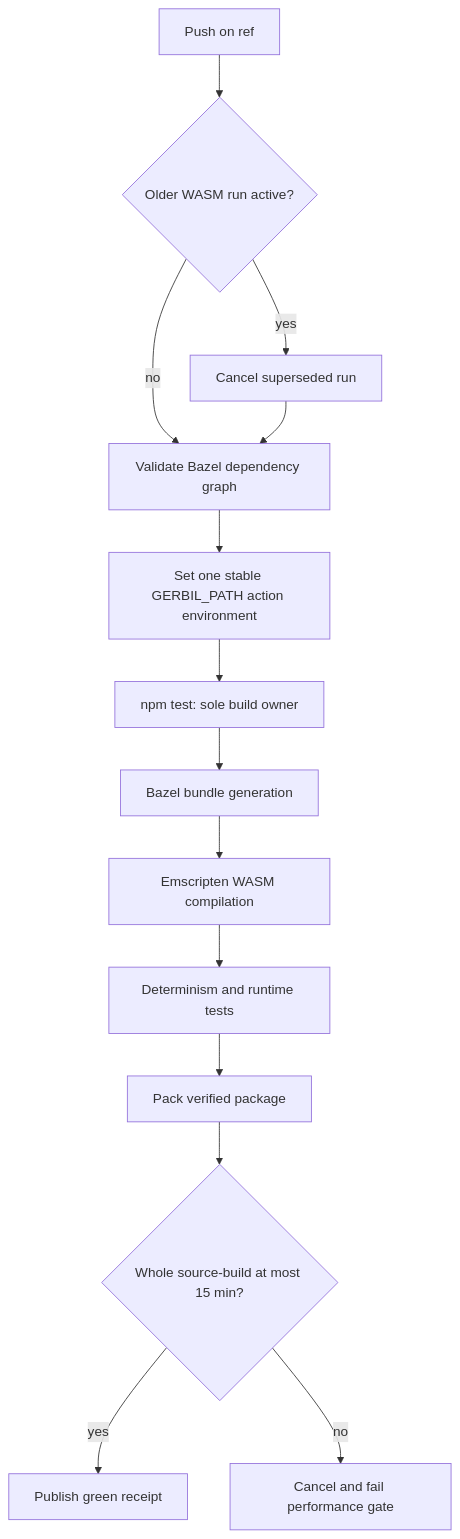
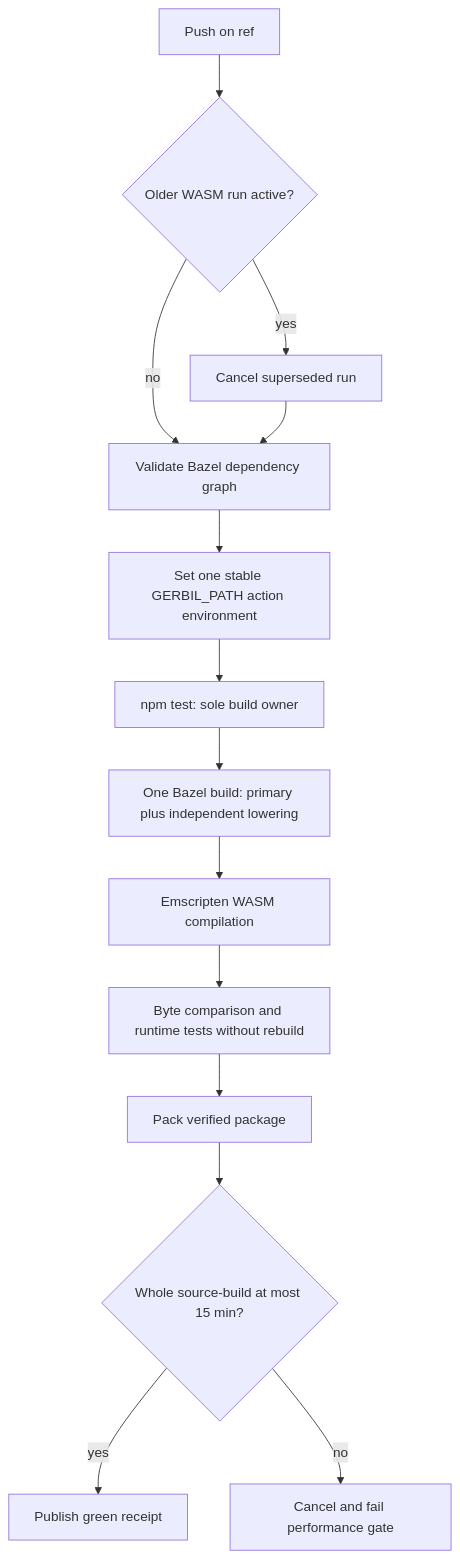
Diagram 20 of 20 in docs/10-19-design/10.06-poo-module-system/156-gerbil-bazel-pr29-downstream-performance-receipt.org (tao3k/poo-flow), drawn with Mermaid before and after one commit. The commit also changed other lines of this file and 5 other files, not shown here.

```diff
--- a/docs/10-19-design/10.06-poo-module-system/156-gerbil-bazel-pr29-downstream-performance-receipt.org
+++ b/docs/10-19-design/10.06-poo-module-system/156-gerbil-bazel-pr29-downstream-performance-receipt.org
@@ -1443,16 +1445,16 @@
 #+begin_src mermaid
 flowchart TD
     P[Push on ref] --> C{Older WASM run active?}
     C -->|yes| X[Cancel superseded run]
     C -->|no| G[Validate Bazel dependency graph]
     X --> G
     G --> E[Set one stable GERBIL_PATH action environment]
     E --> N[npm test: sole build owner]
-    N --> B[Bazel bundle generation]
+    N --> B[One Bazel build: primary plus independent lowering]
     B --> W[Emscripten WASM compilation]
-    W --> D[Determinism and runtime tests]
+    W --> D[Byte comparison and runtime tests without rebuild]
     D --> K[Pack verified package]
     K --> J{Whole source-build at most 15 min?}
     J -->|yes| S[Publish green receipt]
     J -->|no| F[Cancel and fail performance gate]
 #+end_src
```
